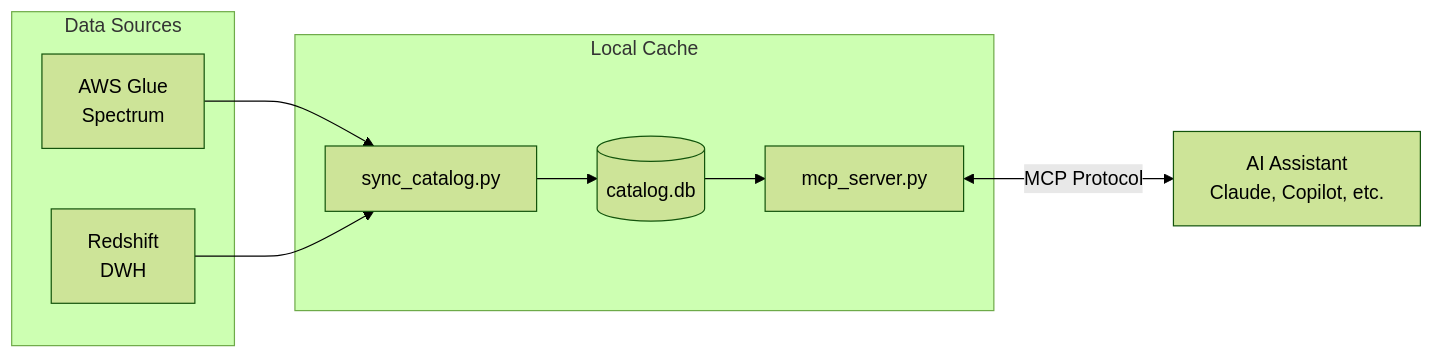
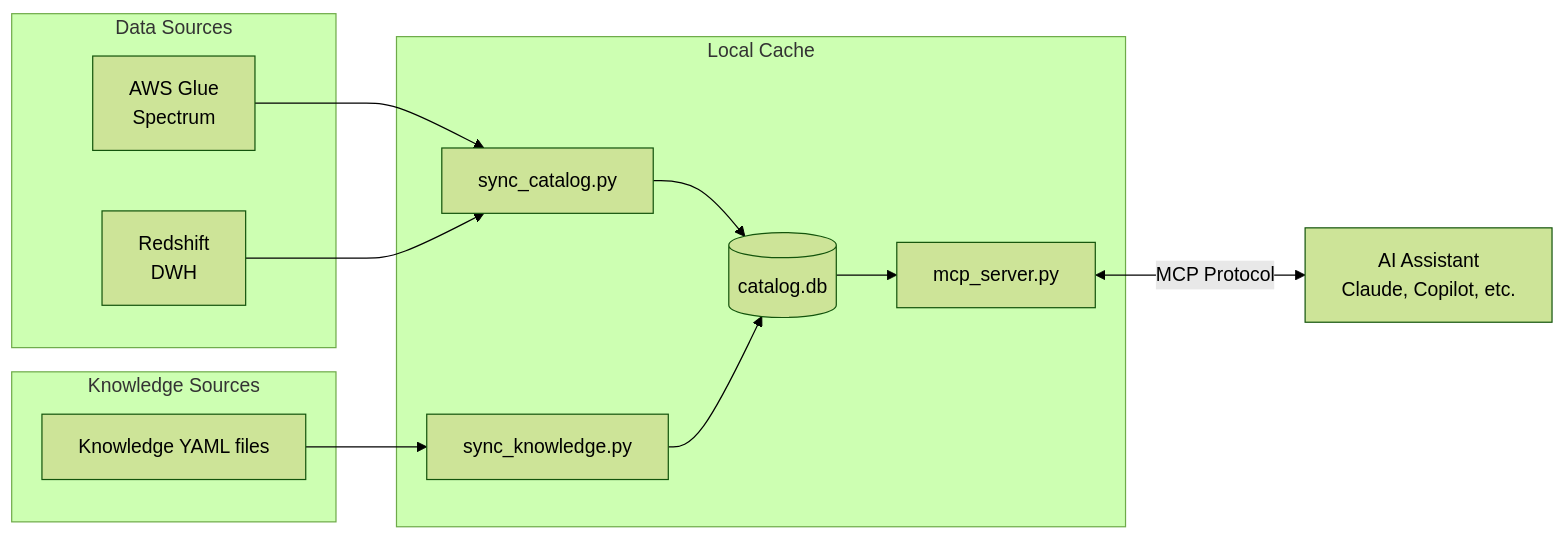
The diagram in README.md (ericabertugli/redshift-query-pilot), drawn with Mermaid (forest theme) before and after one commit. The commit also changed other lines of this file and 7 other files, not shown here.

````diff
--- a/README.md
+++ b/README.md
@@ -25,21 +26,28 @@
 ```mermaid
 flowchart LR
     subgraph Data Sources
         Glue[AWS Glue<br/>Spectrum]
         RS[Redshift<br/>DWH]
     end
 
     subgraph Local Cache
         Sync[sync_catalog.py]
+        KSync[sync_knowledge.py]
         DB[(catalog.db)]
         MCP[mcp_server.py]
+    end
+
+    subgraph Knowledge Sources
+        YAML[Knowledge YAML files]
     end
 
     AI[AI Assistant<br/>Claude, Copilot, etc.]
 
     Glue --> Sync
     RS --> Sync
     Sync --> DB
+    YAML --> KSync
+    KSync --> DB
     DB --> MCP
     MCP <-->|MCP Protocol| AI
 ```
````
